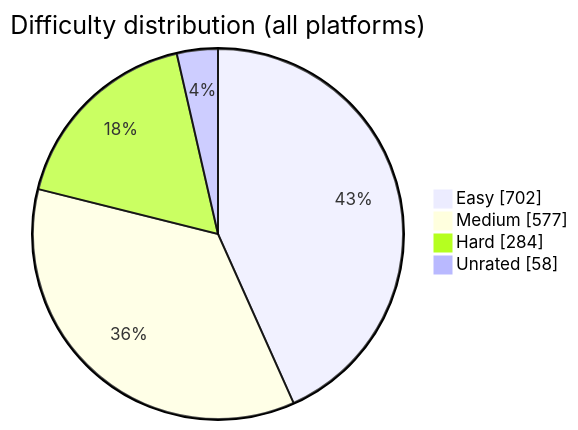
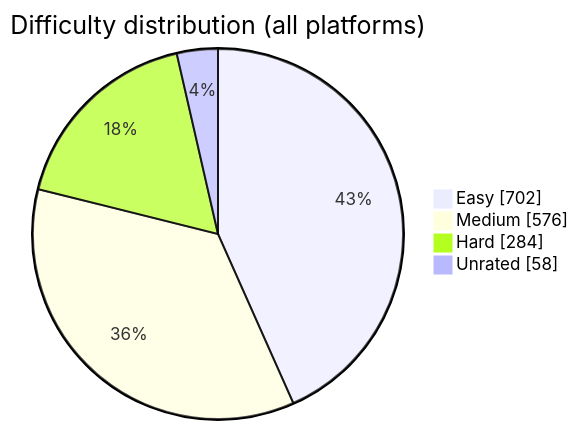
One commit to BuildbyArindam/Daily-Coding-Log changed the diagram in README.md. Above: the diagram before and after it, drawn with Mermaid. The commit also changed other lines of this file, not shown here.

````diff
--- a/README.md
+++ b/README.md
@@ -93,7 +93,7 @@
 ```mermaid
 pie showData title Difficulty distribution (all platforms)
     "Easy" : 702
-    "Medium" : 577
+    "Medium" : 576
     "Hard" : 284
     "Unrated" : 58
 ```
````
